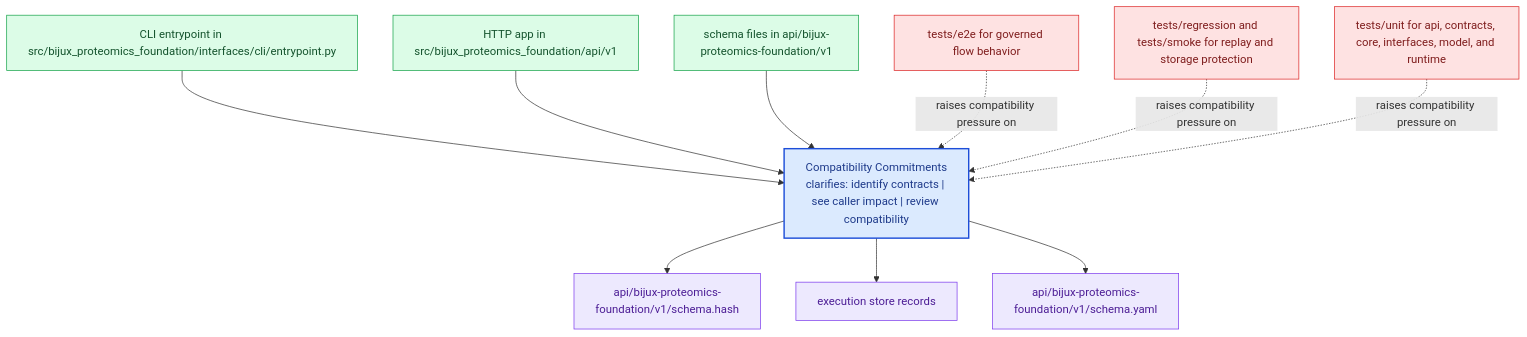
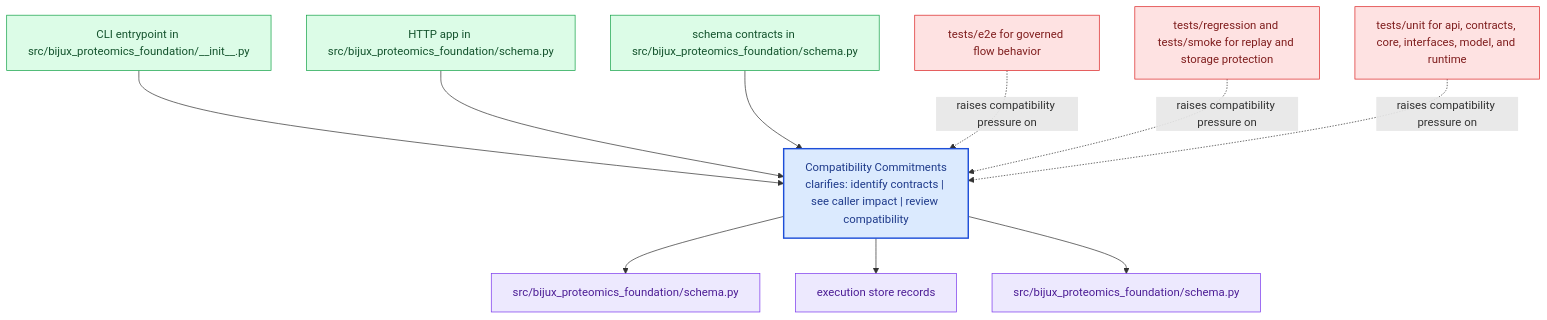
The diagram in docs/bijux-proteomics-foundation/interfaces/compatibility-commitments.md (bijux/bijux-proteomics), drawn with Mermaid before and after one commit. The commit also changed other lines of this file and 24 other files, not shown here.

Commit message:
docs(bijux-proteomics-foundation): align package handbook to schema and serialization ownership

````diff
--- a/docs/bijux-proteomics-foundation/interfaces/compatibility-commitments.md
+++ b/docs/bijux-proteomics-foundation/interfaces/compatibility-commitments.md
@@ -23,31 +23,31 @@
 ```mermaid
 flowchart TB
     page["Compatibility Commitments<br/>clarifies: identify contracts | see caller impact | review compatibility"]
     classDef page fill:#dbeafe,stroke:#1d4ed8,color:#1e3a8a,stroke-width:2px;
     classDef positive fill:#dcfce7,stroke:#16a34a,color:#14532d;
     classDef caution fill:#fee2e2,stroke:#dc2626,color:#7f1d1d;
     classDef anchor fill:#ede9fe,stroke:#7c3aed,color:#4c1d95;
     classDef action fill:#fef3c7,stroke:#d97706,color:#7c2d12;
-    surface1["CLI entrypoint in src/bijux_proteomics_foundation/interfaces/cli/entrypoint.py"]
+    surface1["CLI entrypoint in src/bijux_proteomics_foundation/__init__.py"]
     surface1 --> page
-    surface2["HTTP app in src/bijux_proteomics_foundation/api/v1"]
+    surface2["HTTP app in src/bijux_proteomics_foundation/schema.py"]
     surface2 --> page
-    surface3["schema files in api/bijux-proteomics-foundation/v1"]
+    surface3["schema contracts in src/bijux_proteomics_foundation/schema.py"]
     surface3 --> page
-    proof1["api/bijux-proteomics-foundation/v1/schema.hash"]
+    proof1["src/bijux_proteomics_foundation/schema.py"]
     page --> proof1
     proof2["execution store records"]
     page --> proof2
-    proof3["api/bijux-proteomics-foundation/v1/schema.yaml"]
+    proof3["src/bijux_proteomics_foundation/schema.py"]
     page --> proof3
     review1["tests/e2e for governed flow behavior"]
     review1 -.raises compatibility pressure on.-> page
     review2["tests/regression and tests/smoke for replay and storage protection"]
     review2 -.raises compatibility pressure on.-> page
     review3["tests/unit for api, contracts, core, interfaces, model, and runtime"]
     review3 -.raises compatibility pressure on.-> page
     class page page;
     class surface1,surface2,surface3 positive;
     class proof1,proof2,proof3 anchor;
     class review1,review2,review3 caution;
 ```
````
